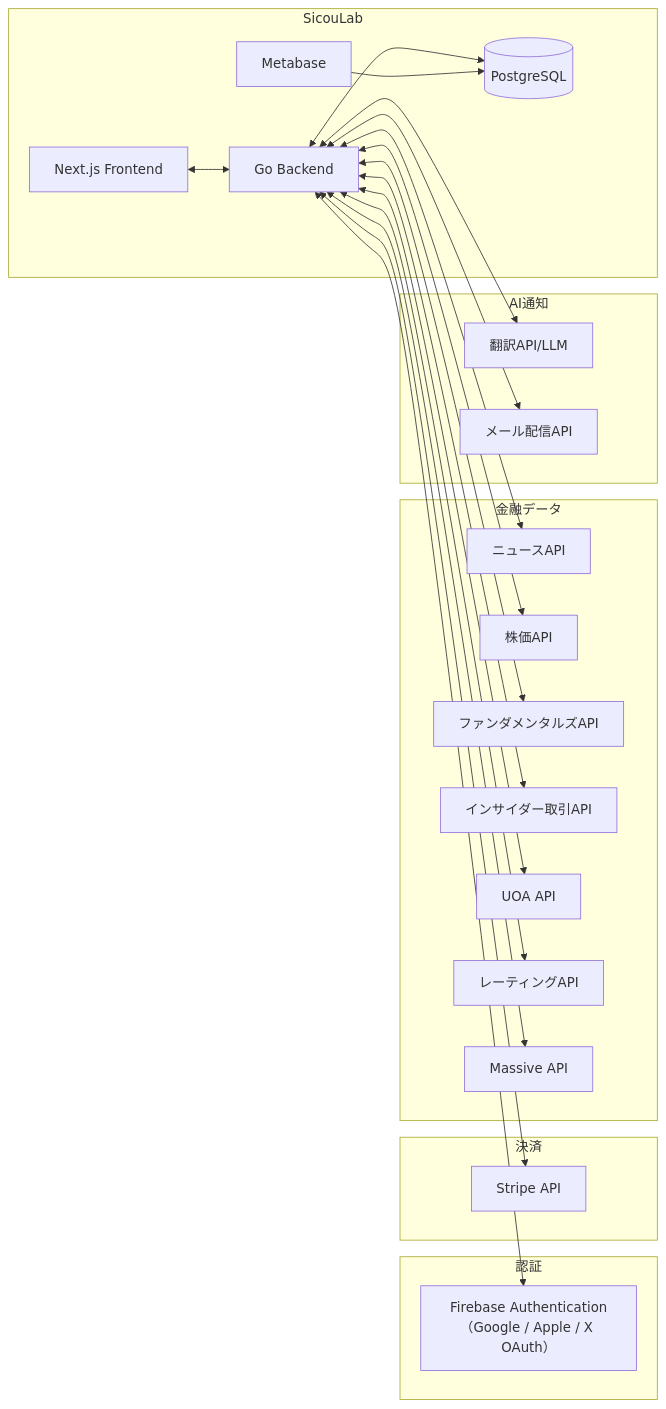
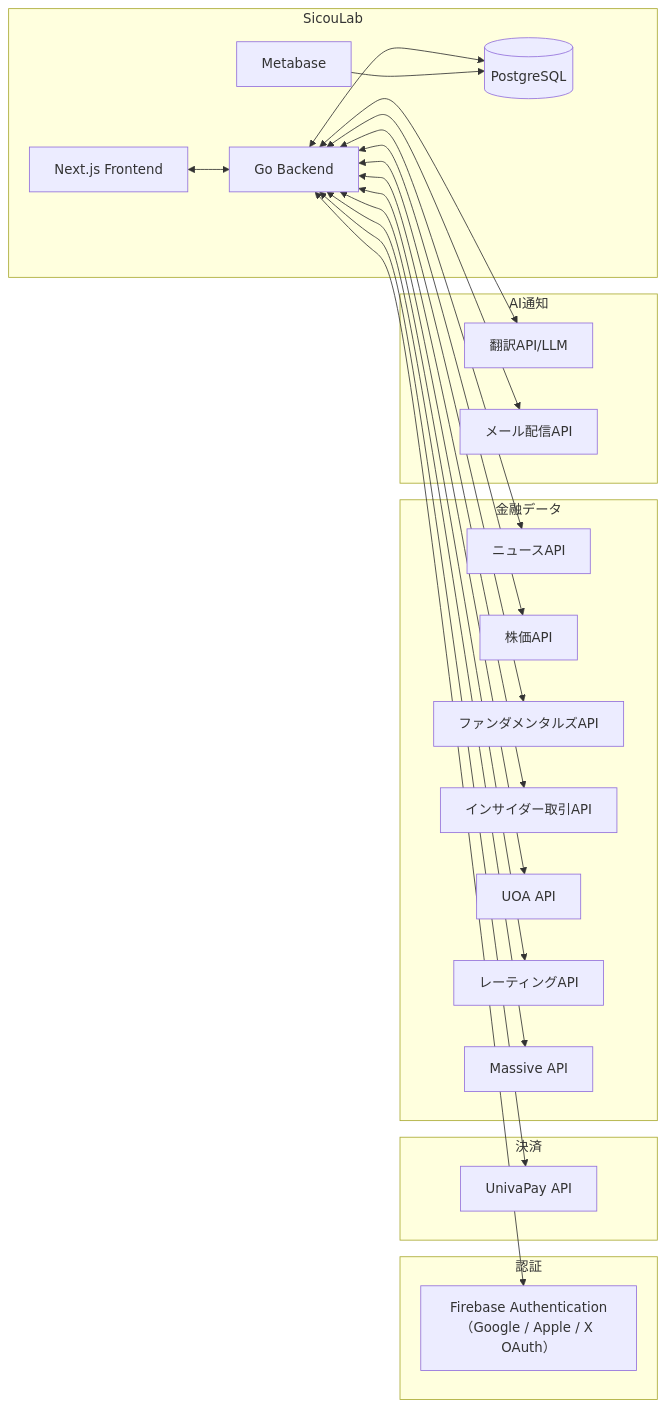
Before and after one commit to RRRRRRR-777/SikouLab: the third of 3 diagrams in docs/versions/1_0_0/system-design.md, drawn with Mermaid. The commit also changed other lines of this file and 110 other files, not shown here.

````diff
--- a/docs/versions/1_0_0/system-design.md
+++ b/docs/versions/1_0_0/system-design.md
@@ -458,49 +459,49 @@
 ```mermaid
 flowchart LR
     subgraph SicouLab
         Frontend[Next.js Frontend]
         Backend[Go Backend]
         DB[(PostgreSQL)]
         Metabase[Metabase]
     end
 
     subgraph 認証
         FirebaseAuth[Firebase Authentication<br/>（Google / Apple / X OAuth）]
     end
 
     subgraph 決済
-        Stripe[Stripe API]
+        UnivaPay[UnivaPay API]
     end
 
     subgraph 金融データ
         NewsAPI[ニュースAPI]
         StockAPI[株価API]
         FundaAPI[ファンダメンタルズAPI]
         InsiderAPI[インサイダー取引API]
         UOAAPI[UOA API]
         RatingAPI[レーティングAPI]
         MassiveAPI[Massive API]
     end
 
     subgraph AI通知
         TranslateAPI[翻訳API/LLM]
         EmailAPI[メール配信API]
     end
 
     Frontend <--> Backend
     Backend <--> DB
     Metabase --> DB
 
     Backend <--> FirebaseAuth
-    Backend <--> Stripe
+    Backend <--> UnivaPay
 
     Backend <--> NewsAPI
     Backend <--> StockAPI
     Backend <--> FundaAPI
     Backend <--> InsiderAPI
     Backend <--> UOAAPI
     Backend <--> RatingAPI
     Backend <--> MassiveAPI
     Backend <--> TranslateAPI
     Backend <--> EmailAPI
 ```
````
